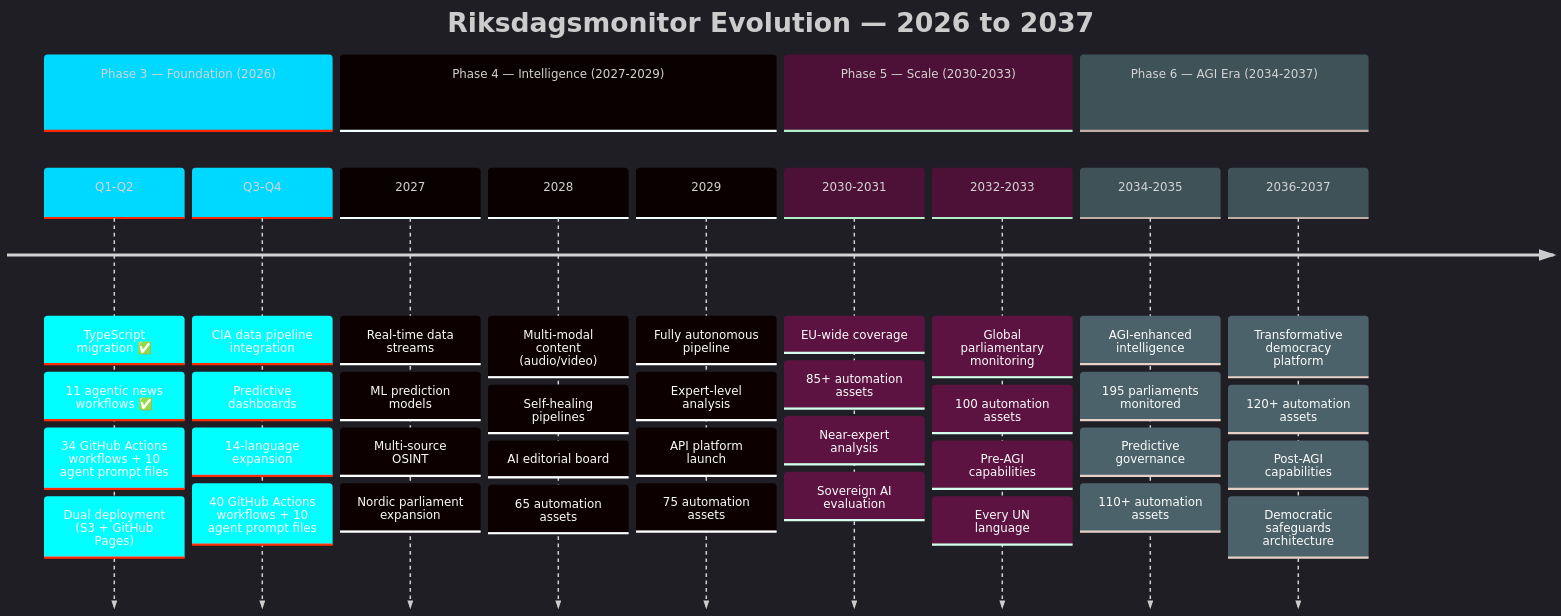
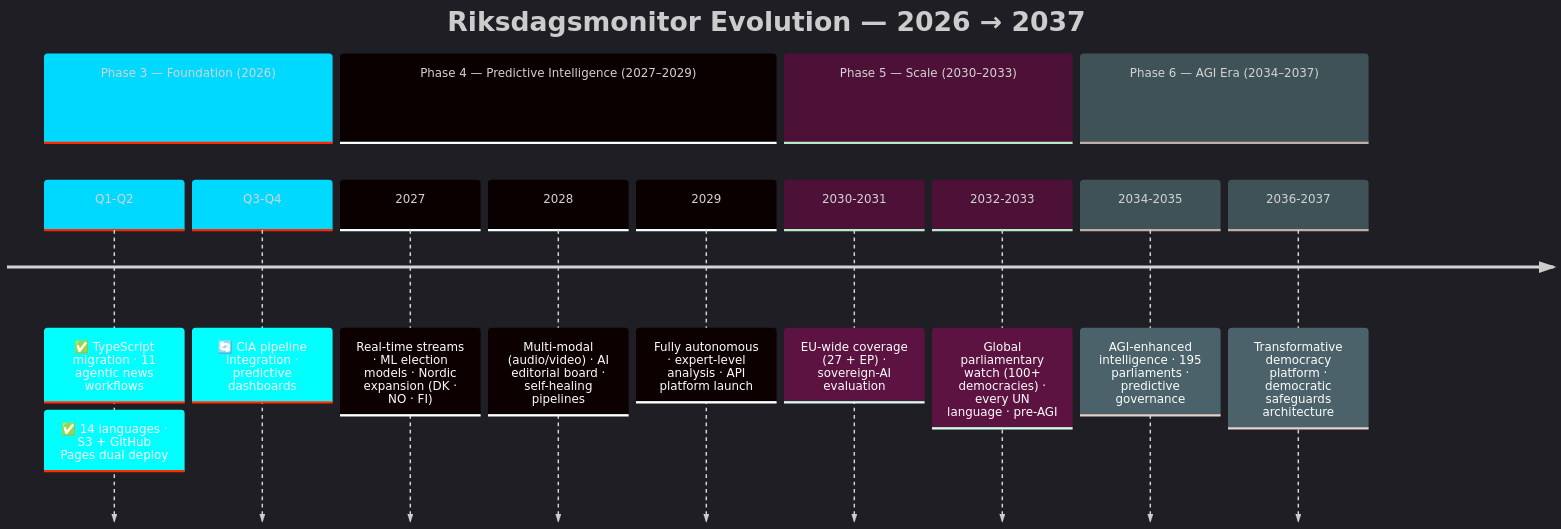
One commit to Hack23/riksdagsmonitor changed the second of 2 diagrams in README.md. Above: the diagram before and after it, drawn with Mermaid. The commit also changed other lines of this file, not shown here.

First line of the commit message:
Complete README rewrite focused on political intelligence, transparency, democracy & AI-generated news

````diff
--- a/README.md
+++ b/README.md
@@ -829,45 +436,19 @@
 ```mermaid
-%%{init: {"theme": "dark", "themeVariables": {"primaryColor": "#00d9ff", "primaryTextColor": "#e0e0e0", "primaryBorderColor": "#ff006e", "lineColor": "#ffbe0b", "secondaryColor": "#1a1e3d", "tertiaryColor": "#0a0e27", "background": "#0a0e27"}}}%%
+%%{init: {"theme": "dark", "themeVariables": {"primaryColor": "#00d9ff", "primaryTextColor": "#e0e0e0", "primaryBorderColor": "#ff006e", "lineColor": "#ffbe0b", "secondaryColor": "#1a1e3d", "tertiaryColor": "#0a0e27"}}}%%
 timeline
-    title Riksdagsmonitor Evolution — 2026 to 2037
+    title Riksdagsmonitor Evolution — 2026 → 2037
     section Phase 3 — Foundation (2026)
-        Q1-Q2 : TypeScript migration ✅
-               : 11 agentic news workflows ✅
-               : 34 GitHub Actions workflows + 10 agent prompt files
-               : Dual deployment (S3 + GitHub Pages)
-        Q3-Q4 : CIA data pipeline integration
-               : Predictive dashboards
-               : 14-language expansion
-               : 40 GitHub Actions workflows + 10 agent prompt files
-    section Phase 4 — Intelligence (2027-2029)
-        2027 : Real-time data streams
-             : ML prediction models
-             : Multi-source OSINT
-             : Nordic parliament expansion
-        2028 : Multi-modal content (audio/video)
-             : Self-healing pipelines
-             : AI editorial board
-             : 65 automation assets
-        2029 : Fully autonomous pipeline
-             : Expert-level analysis
-             : API platform launch
-             : 75 automation assets
-    section Phase 5 — Scale (2030-2033)
-        2030-2031 : EU-wide coverage
-                  : 85+ automation assets
-                  : Near-expert analysis
-                  : Sovereign AI evaluation
-        2032-2033 : Global parliamentary monitoring
-                  : 100 automation assets
-                  : Pre-AGI capabilities
-                  : Every UN language
-    section Phase 6 — AGI Era (2034-2037)
-        2034-2035 : AGI-enhanced intelligence
-                  : 195 parliaments monitored
-                  : Predictive governance
-                  : 110+ automation assets
-        2036-2037 : Transformative democracy platform
-                  : 120+ automation assets
-                  : Post-AGI capabilities
-                  : Democratic safeguards architecture
+        Q1-Q2 : ✅ TypeScript migration · 11 agentic news workflows
+              : ✅ 14 languages · S3 + GitHub Pages dual deploy
+        Q3-Q4 : 🔄 CIA pipeline integration · predictive dashboards
+    section Phase 4 — Predictive Intelligence (2027–2029)
+        2027 : Real-time streams · ML election models · Nordic expansion (DK · NO · FI)
+        2028 : Multi-modal (audio/video) · AI editorial board · self-healing pipelines
+        2029 : Fully autonomous · expert-level analysis · API platform launch
+    section Phase 5 — Scale (2030–2033)
+        2030-2031 : EU-wide coverage (27 + EP) · sovereign-AI evaluation
+        2032-2033 : Global parliamentary watch (100+ democracies) · every UN language · pre-AGI
+    section Phase 6 — AGI Era (2034–2037)
+        2034-2035 : AGI-enhanced intelligence · 195 parliaments · predictive governance
+        2036-2037 : Transformative democracy platform · democratic safeguards architecture
 ```
````
